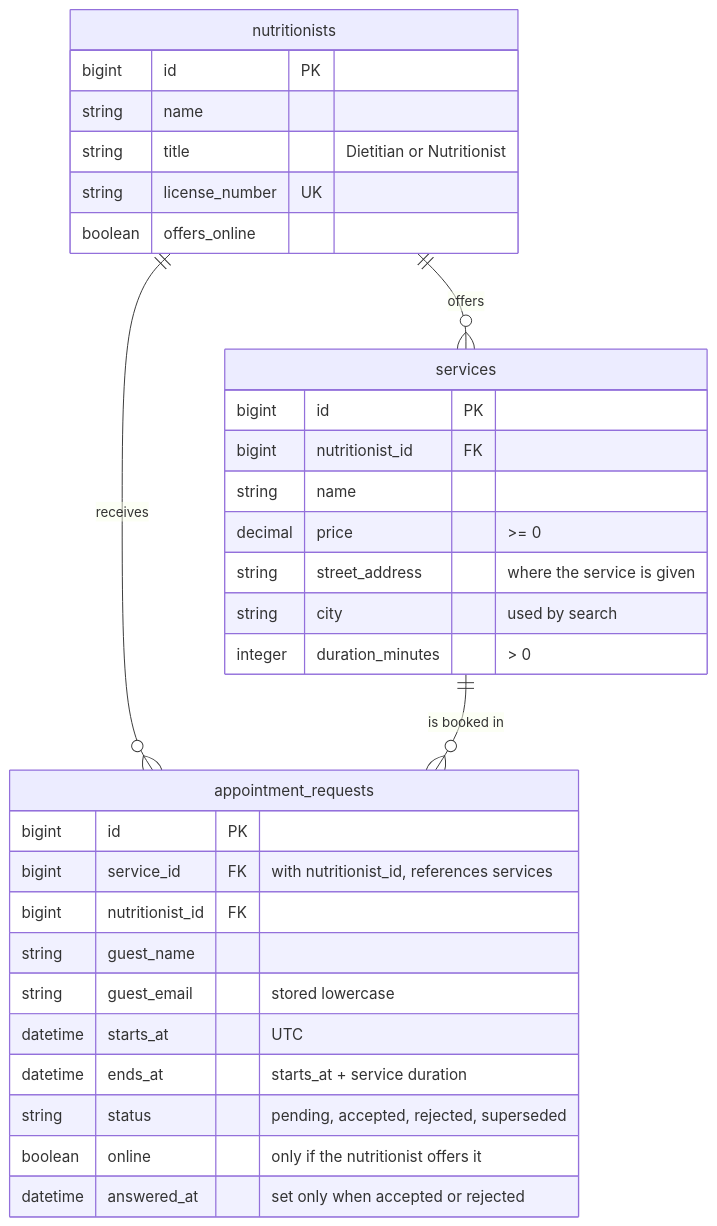
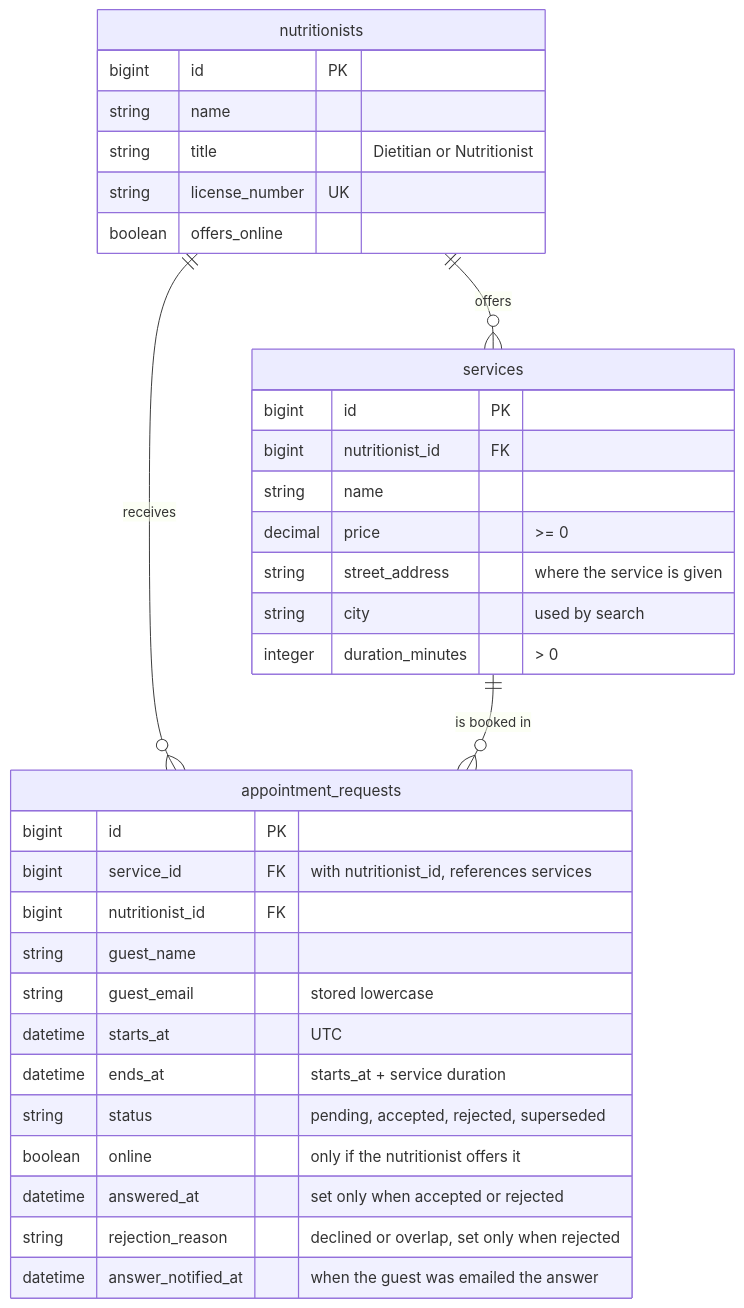
The diagram in README.md (rgllm/NutriBook), drawn with Mermaid before and after one commit. The commit also changed other lines of this file and 19 other files, not shown here.

````diff
--- a/README.md
+++ b/README.md
@@ -91,37 +93,39 @@
 ```mermaid
 erDiagram
     nutritionists ||--o{ services : offers
     nutritionists ||--o{ appointment_requests : receives
     services ||--o{ appointment_requests : "is booked in"
 
     nutritionists {
         bigint id PK
         string name
         string title "Dietitian or Nutritionist"
         string license_number UK
         boolean offers_online
     }
 
     services {
         bigint id PK
         bigint nutritionist_id FK
         string name
         decimal price ">= 0"
         string street_address "where the service is given"
         string city "used by search"
         integer duration_minutes "> 0"
     }
 
     appointment_requests {
         bigint id PK
         bigint service_id FK "with nutritionist_id, references services"
         bigint nutritionist_id FK
         string guest_name
         string guest_email "stored lowercase"
         datetime starts_at "UTC"
         datetime ends_at "starts_at + service duration"
         string status "pending, accepted, rejected, superseded"
         boolean online "only if the nutritionist offers it"
         datetime answered_at "set only when accepted or rejected"
+        string rejection_reason "declined or overlap, set only when rejected"
+        datetime answer_notified_at "when the guest was emailed the answer"
     }
 ```
````
